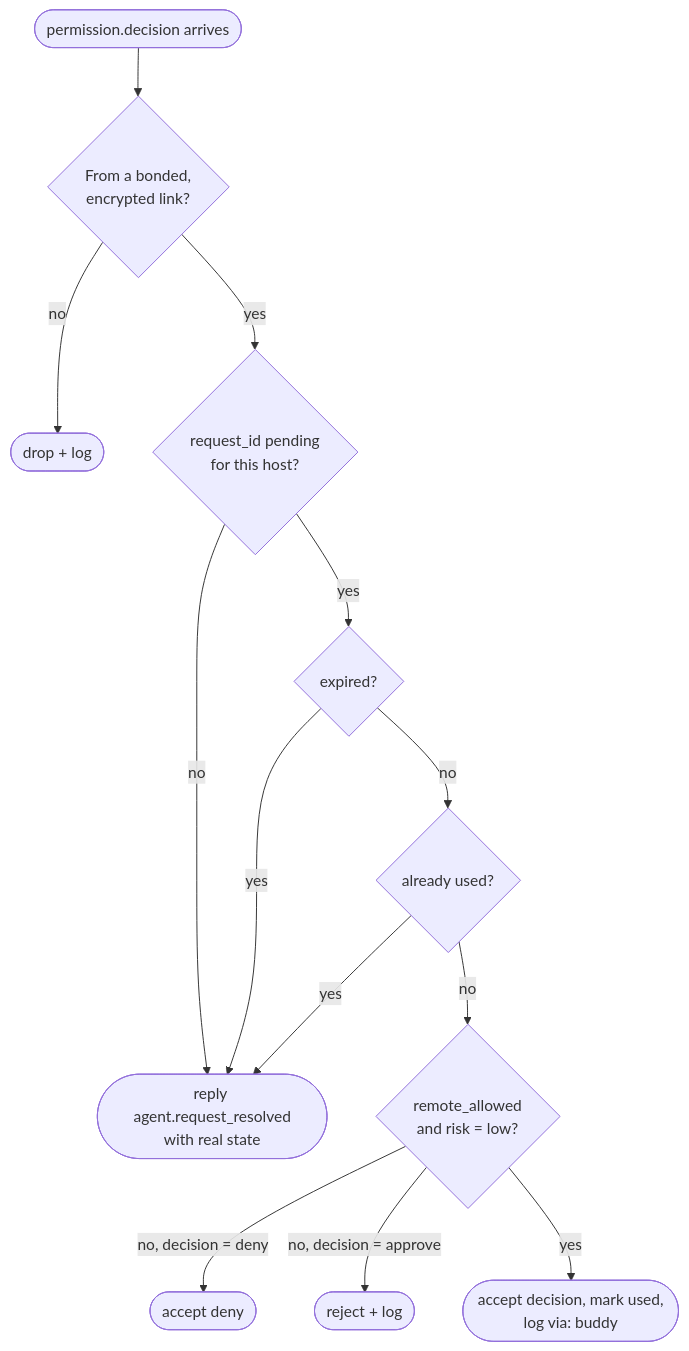
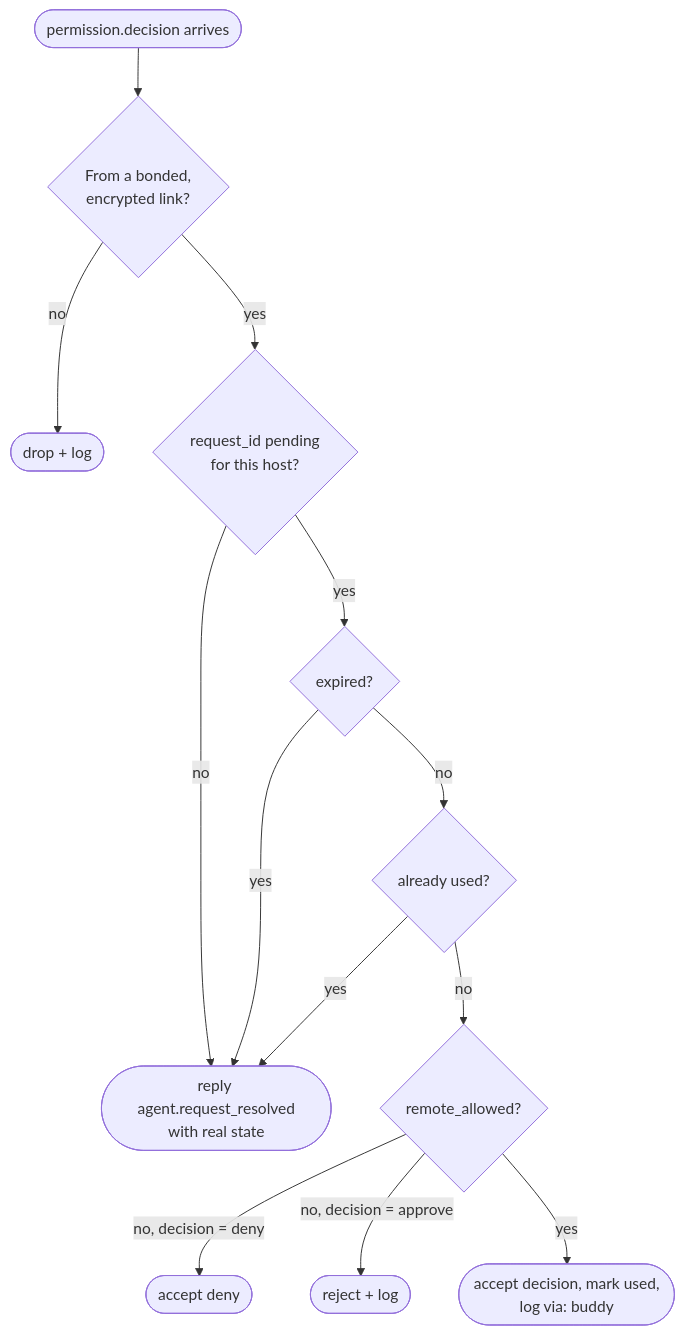
The third of 3 diagrams in docs/flows/remote-decision-flow.md (jaycorpstudios/clawd-body), drawn with Mermaid before and after one commit. The commit also changed other lines of this file and 35 other files, not shown here.

````diff
--- a/docs/flows/remote-decision-flow.md
+++ b/docs/flows/remote-decision-flow.md
@@ -50,15 +50,15 @@
 ```mermaid
 flowchart TD
     In([permission.decision arrives]) --> Bonded{From a bonded,<br/>encrypted link?}
     Bonded -->|no| Drop([drop + log])
     Bonded -->|yes| Pending{request_id pending<br/>for this host?}
     Pending -->|no| Reply([reply agent.request_resolved<br/>with real state])
     Pending -->|yes| Exp{expired?}
     Exp -->|yes| Reply
     Exp -->|no| Used{already used?}
     Used -->|yes| Reply
-    Used -->|no| Policy{remote_allowed<br/>and risk = low?}
+    Used -->|no| Policy{remote_allowed?}
     Policy -->|no, decision = deny| Deny([accept deny])
     Policy -->|no, decision = approve| Reject([reject + log])
     Policy -->|yes| Accept([accept decision, mark used,<br/>log via: buddy])
 ```
````
